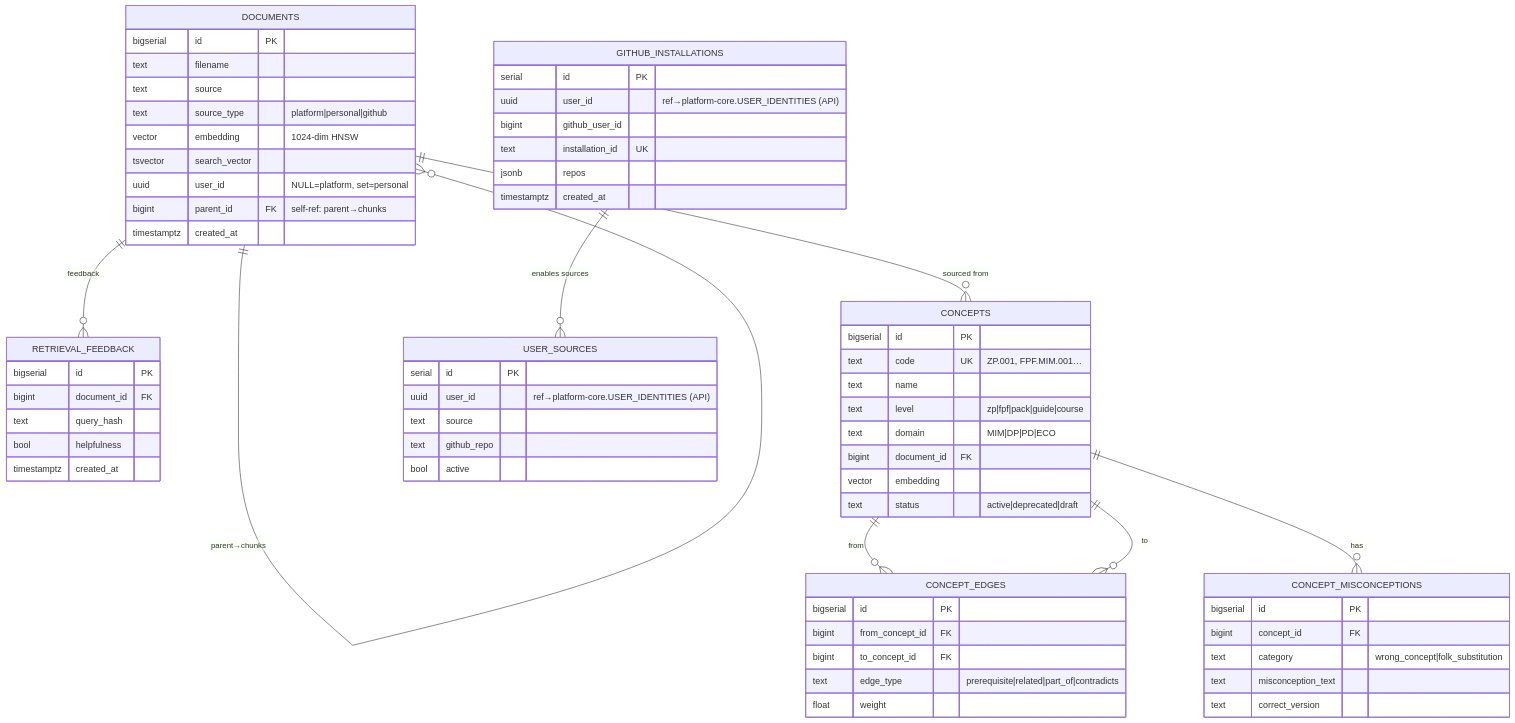
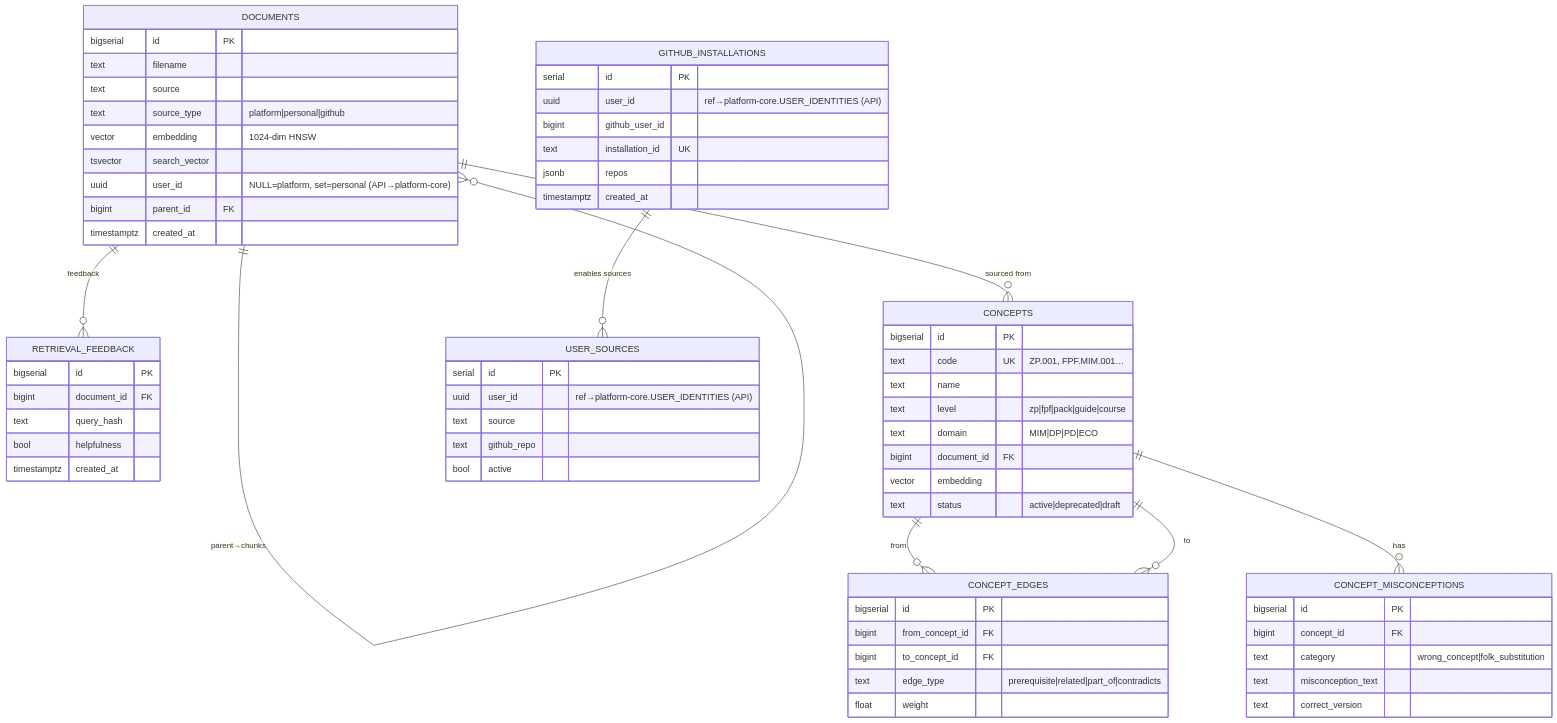
One commit to TserenTserenov/PACK-digital-platform changed the fourth of 8 diagrams in pack/digital-platform/02-domain-entities/DP.ARCH.004-neon-data-architecture.md. Above: the diagram before and after it, drawn with Mermaid. The commit also changed other lines of this file and 2 other files, not shown here.

First line of the commit message:
fix(dp.arch.004): resolve all review findings + add inter-db diagram

````diff
--- a/pack/digital-platform/02-domain-entities/DP.ARCH.004-neon-data-architecture.md
+++ b/pack/digital-platform/02-domain-entities/DP.ARCH.004-neon-data-architecture.md
@@ -216,74 +282,74 @@
 ```mermaid
 erDiagram
     DOCUMENTS {
         bigserial   id              PK
         text        filename
         text        source
         text        source_type     "platform|personal|github"
         vector      embedding       "1024-dim HNSW"
         tsvector    search_vector
-        uuid        user_id         "NULL=platform, set=personal"
-        bigint      parent_id       FK  "self-ref: parent→chunks"
+        uuid        user_id         "NULL=platform, set=personal (API→platform-core)"
+        bigint      parent_id       FK
         timestamptz created_at
     }
 
     RETRIEVAL_FEEDBACK {
         bigserial   id              PK
         bigint      document_id     FK
         text        query_hash
         bool        helpfulness
         timestamptz created_at
     }
 
     CONCEPTS {
         bigserial   id              PK
         text        code            UK  "ZP.001, FPF.MIM.001…"
         text        name
         text        level           "zp|fpf|pack|guide|course"
         text        domain          "MIM|DP|PD|ECO"
         bigint      document_id     FK
         vector      embedding
         text        status          "active|deprecated|draft"
     }
 
     CONCEPT_EDGES {
         bigserial   id              PK
         bigint      from_concept_id FK
         bigint      to_concept_id   FK
         text        edge_type       "prerequisite|related|part_of|contradicts"
         float       weight
     }
 
     CONCEPT_MISCONCEPTIONS {
         bigserial   id              PK
         bigint      concept_id      FK
         text        category        "wrong_concept|folk_substitution"
         text        misconception_text
         text        correct_version
     }
 
     GITHUB_INSTALLATIONS {
         serial      id              PK
         uuid        user_id         "ref→platform-core.USER_IDENTITIES (API)"
         bigint      github_user_id
         text        installation_id UK
         jsonb       repos
         timestamptz created_at
     }
 
     USER_SOURCES {
         serial      id              PK
         uuid        user_id         "ref→platform-core.USER_IDENTITIES (API)"
         text        source
         text        github_repo
         bool        active
     }
 
     DOCUMENTS ||--o{ DOCUMENTS : "parent→chunks"
     DOCUMENTS ||--o{ RETRIEVAL_FEEDBACK : "feedback"
     DOCUMENTS ||--o{ CONCEPTS : "sourced from"
     CONCEPTS ||--o{ CONCEPT_EDGES : "from"
     CONCEPTS ||--o{ CONCEPT_EDGES : "to"
     CONCEPTS ||--o{ CONCEPT_MISCONCEPTIONS : "has"
     GITHUB_INSTALLATIONS ||--o{ USER_SOURCES : "enables sources"
 ```
````
